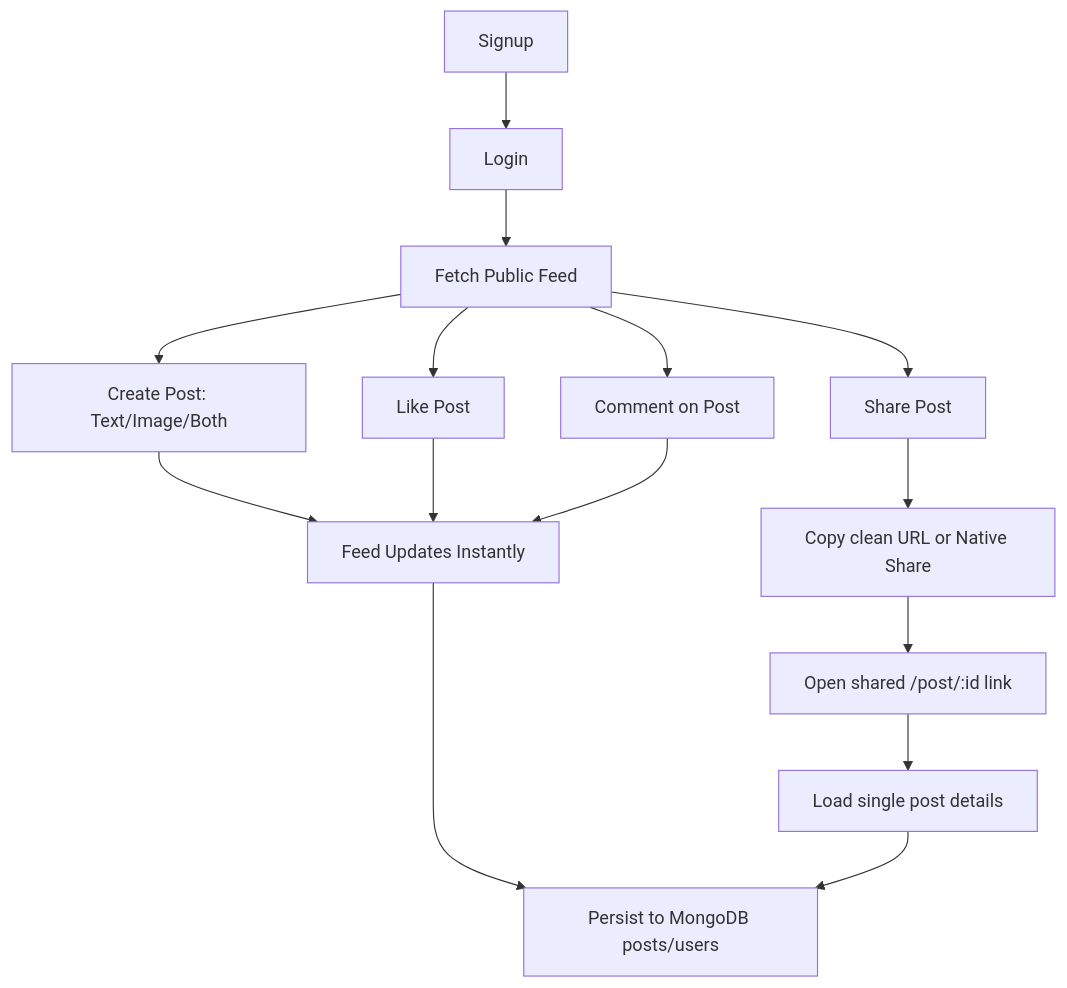
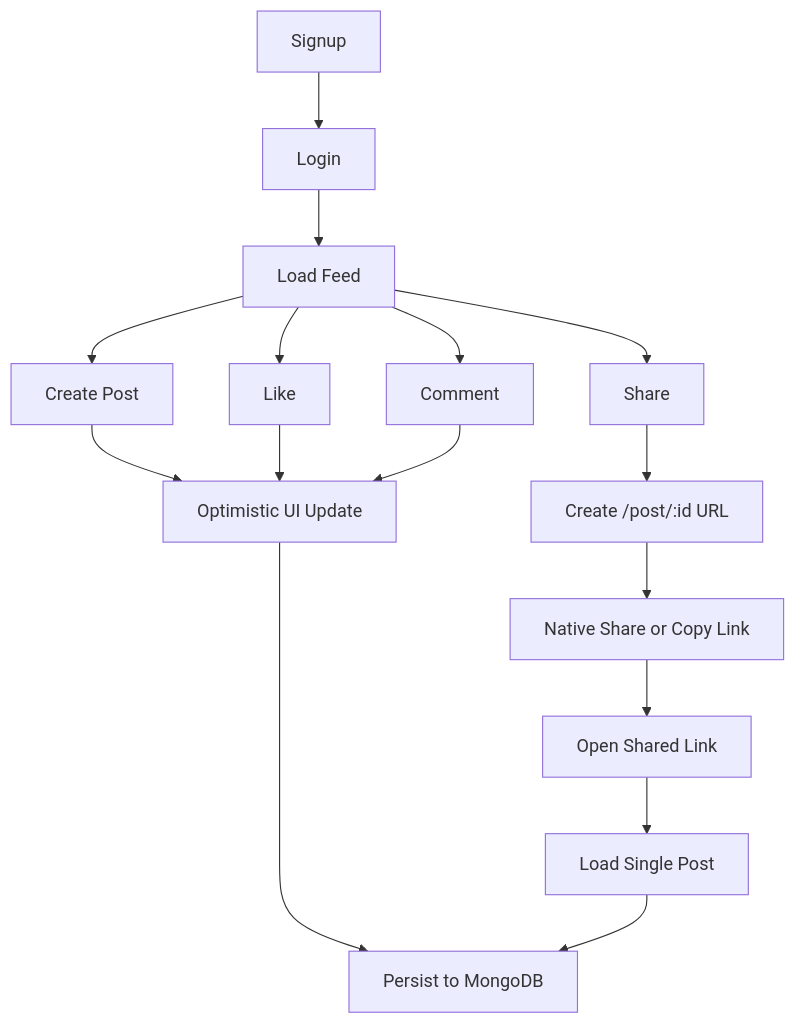
One commit to Arbab-ofc/Mini-Social-Post-Application changed the second of 5 diagrams in README.md. Above: the diagram before and after it, drawn with Mermaid. The commit also changed other lines of this file, not shown here.

Commit message:
docs: expand README with architecture, data model, lifecycle, and deployment diagrams

````diff
--- a/README.md
+++ b/README.md
@@ -142,17 +145,18 @@
 ```mermaid
 flowchart TD
   A[Signup] --> B[Login]
-  B --> C[Fetch Public Feed]
-  C --> D[Create Post: Text/Image/Both]
-  D --> E[Feed Updates Instantly]
-  C --> F[Like Post]
-  C --> G[Comment on Post]
-  C --> I[Share Post]
-  I --> J[Copy clean URL or Native Share]
-  J --> K[Open shared /post/:id link]
-  F --> E
-  G --> E
-  K --> L[Load single post details]
-  E --> H[Persist to MongoDB posts/users]
-  L --> H
+  B --> C[Load Feed]
+  C --> D[Create Post]
+  C --> E[Like]
+  C --> F[Comment]
+  C --> G[Share]
+  D --> H[Optimistic UI Update]
+  E --> H
+  F --> H
+  G --> I[Create /post/:id URL]
+  I --> J[Native Share or Copy Link]
+  J --> K[Open Shared Link]
+  K --> L[Load Single Post]
+  H --> M[Persist to MongoDB]
+  L --> M
 ```
````
